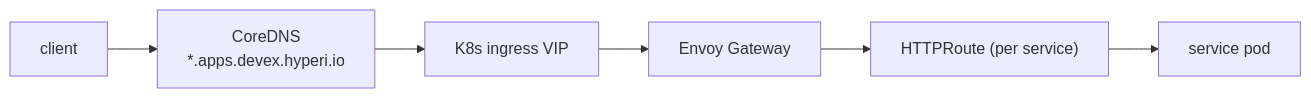
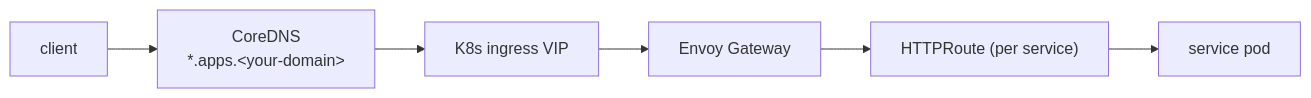
Before and after one commit to hyperi-io/dfe-infra: the third of 4 diagrams in docs/DEVEX-LIFECYCLE.md, drawn with Mermaid. The commit also changed other lines of this file and 12 other files, not shown here.

````diff
--- a/docs/DEVEX-LIFECYCLE.md
+++ b/docs/DEVEX-LIFECYCLE.md
@@ -98,8 +98,8 @@
 ```mermaid
 flowchart LR
-  C["client"] --> D["CoreDNS<br/>*.apps.devex.hyperi.io"]
+  C["client"] --> D["CoreDNS<br/>*.apps.&lt;your-domain&gt;"]
   D --> VIP["K8s ingress VIP"]
   VIP --> GW["Envoy Gateway"]
   GW --> R["HTTPRoute (per service)"]
   R --> SVC["service pod"]
 ```
````
